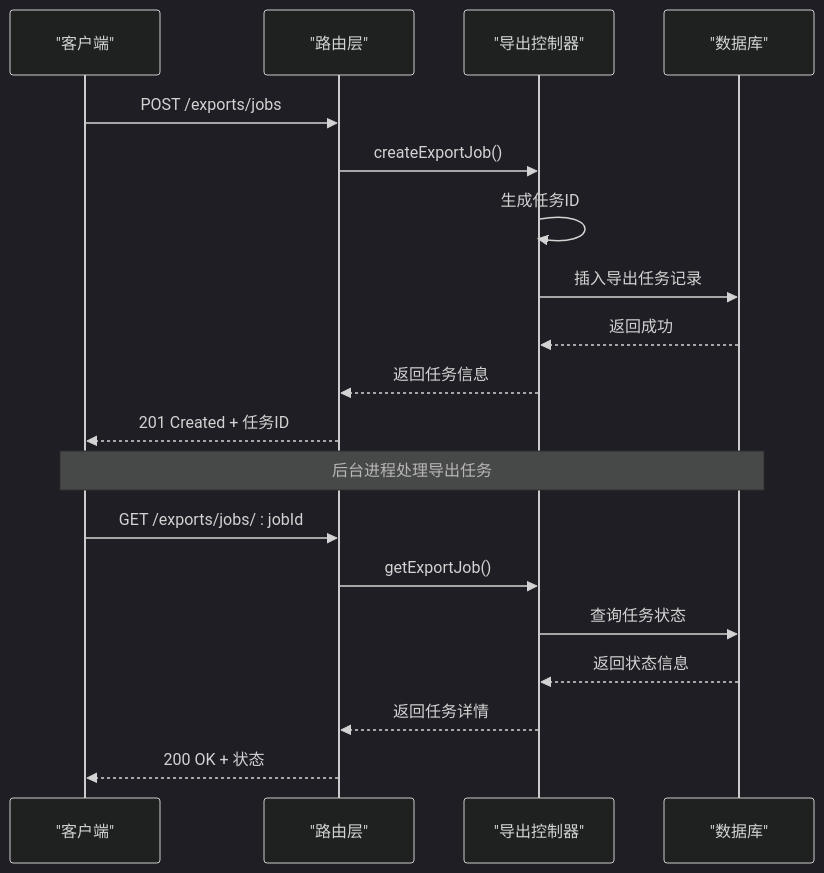
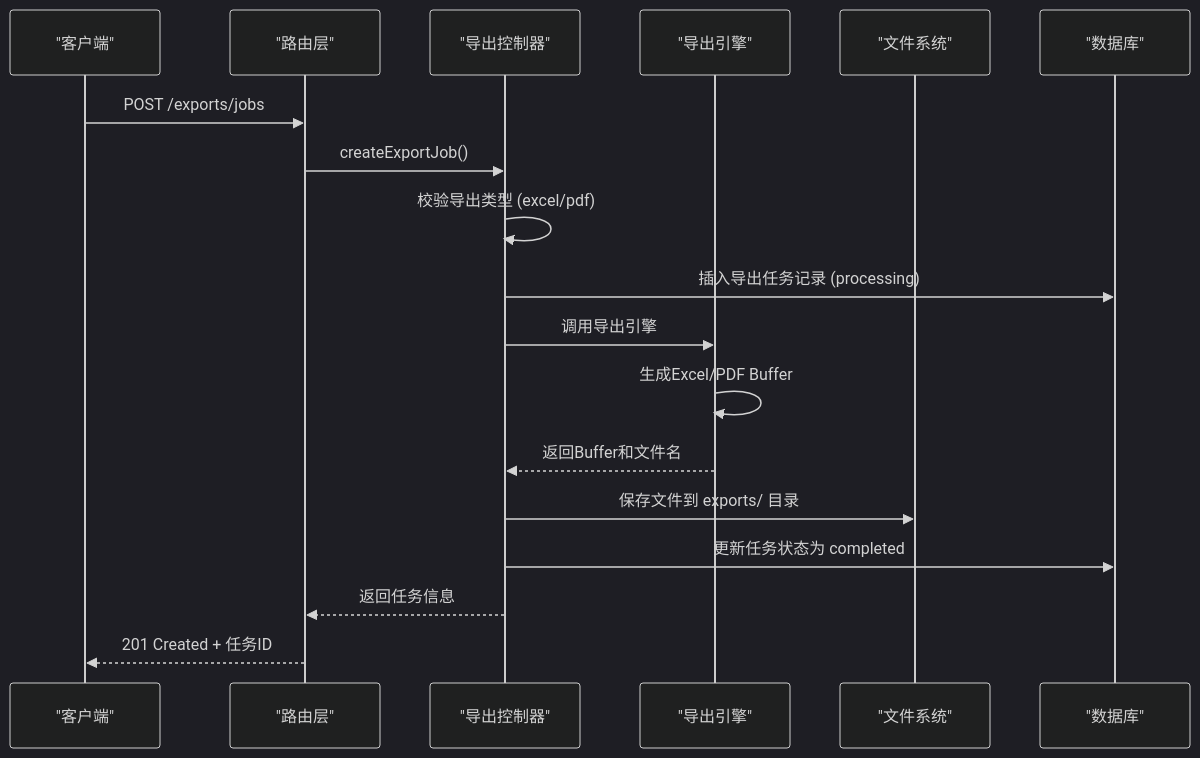
Before and after one commit to xpretycn/TingStudio: the fifth of 15 diagrams in .qoder/repowiki/zh/content/核心功能模块/导出管理系统.md, drawn with Mermaid (dark theme). The commit also changed other lines of this file and 56 other files, not shown here.

````diff
--- a/.qoder/repowiki/zh/content/核心功能模块/导出管理系统.md
+++ b/.qoder/repowiki/zh/content/核心功能模块/导出管理系统.md
@@ -290,21 +338,20 @@
 ```mermaid
 sequenceDiagram
 participant Client as "客户端"
 participant Router as "路由层"
 participant Ctrl as "导出控制器"
+participant Engine as "导出引擎"
+participant FS as "文件系统"
 participant DB as "数据库"
 Client->>Router : POST /exports/jobs
 Router->>Ctrl : createExportJob()
-Ctrl->>Ctrl : 生成任务ID
-Ctrl->>DB : 插入导出任务记录
-DB-->>Ctrl : 返回成功
+Ctrl->>Ctrl : 校验导出类型 (excel/pdf)
+Ctrl->>DB : 插入导出任务记录 (processing)
+Ctrl->>Engine : 调用导出引擎
+Engine->>Engine : 生成Excel/PDF Buffer
+Engine-->>Ctrl : 返回Buffer和文件名
+Ctrl->>FS : 保存文件到 exports/ 目录
+Ctrl->>DB : 更新任务状态为 completed
 Ctrl-->>Router : 返回任务信息
 Router-->>Client : 201 Created + 任务ID
-Note over Client,DB : 后台进程处理导出任务
-Client->>Router : GET /exports/jobs/ : jobId
-Router->>Ctrl : getExportJob()
-Ctrl->>DB : 查询任务状态
-DB-->>Ctrl : 返回状态信息
-Ctrl-->>Router : 返回任务详情
-Router-->>Client : 200 OK + 状态
 ```
````
